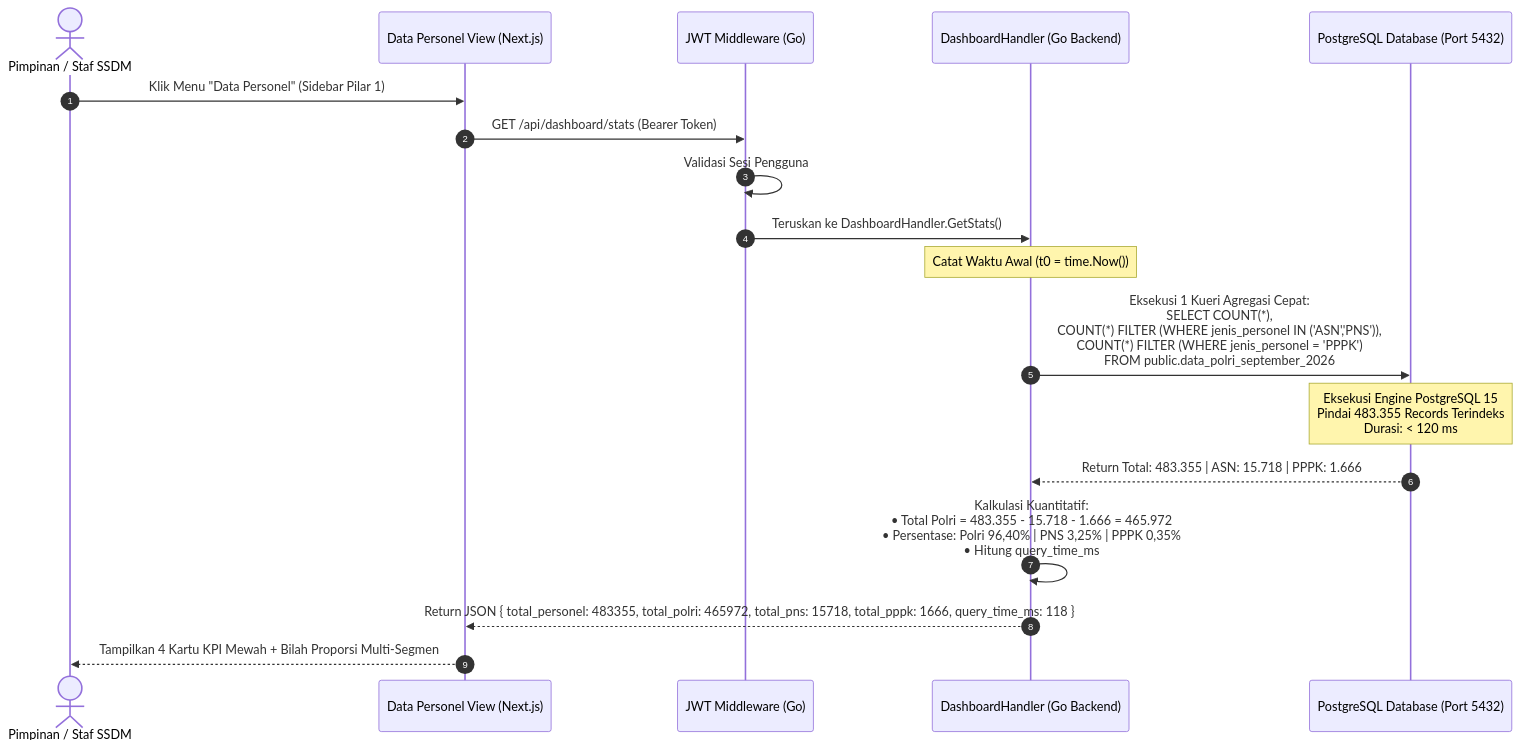
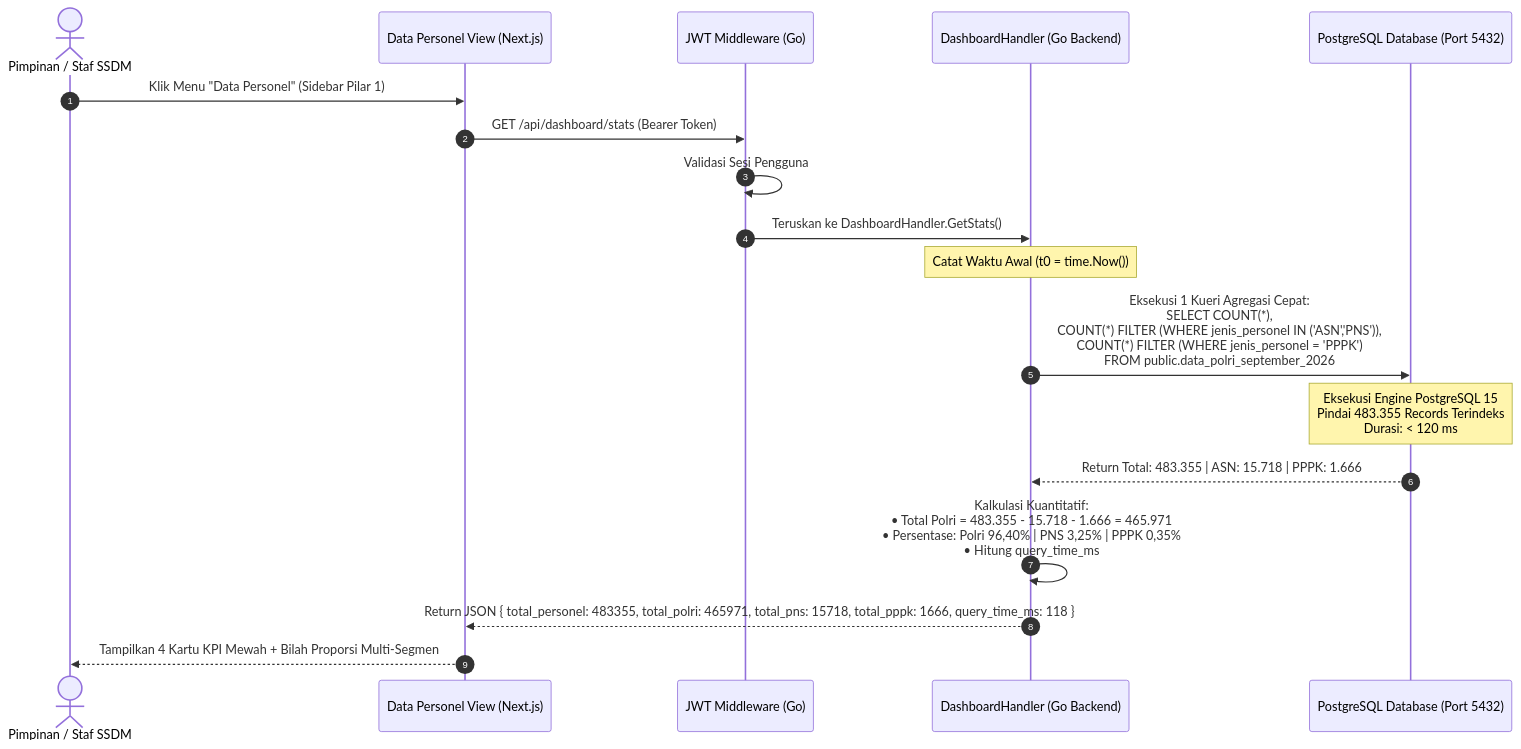
The fourth of 6 diagrams in LAMPIRAN_UML_ARSITEKTUR_DAN_INTERAKSI_SISTEM_INFOPERS_SSDM.md (autonote888/infopers-rag-core), drawn with Mermaid before and after one commit. The commit also changed other lines of this file and 7 other files, not shown here.

````diff
--- a/LAMPIRAN_UML_ARSITEKTUR_DAN_INTERAKSI_SISTEM_INFOPERS_SSDM.md
+++ b/LAMPIRAN_UML_ARSITEKTUR_DAN_INTERAKSI_SISTEM_INFOPERS_SSDM.md
@@ -197,25 +197,25 @@
 ```mermaid
 sequenceDiagram
     autonumber
     actor Pimpinan as Pimpinan / Staf SSDM
     participant UI as Data Personel View (Next.js)
     participant Auth as JWT Middleware (Go)
     participant DashH as DashboardHandler (Go Backend)
     participant DB as PostgreSQL Database (Port 5432)
 
     Pimpinan->>UI: Klik Menu "Data Personel" (Sidebar Pilar 1)
     UI->>Auth: GET /api/dashboard/stats (Bearer Token)
     Auth->>Auth: Validasi Sesi Pengguna
     Auth->>DashH: Teruskan ke DashboardHandler.GetStats()
     
     Note over DashH: Catat Waktu Awal (t0 = time.Now())
     DashH->>DB: Eksekusi 1 Kueri Agregasi Cepat:<br/>SELECT COUNT(*),<br/>COUNT(*) FILTER (WHERE jenis_personel IN ('ASN','PNS')),<br/>COUNT(*) FILTER (WHERE jenis_personel = 'PPPK')<br/>FROM public.data_polri_september_2026;
     
     Note over DB: Eksekusi Engine PostgreSQL 15<br/>Pindai 483.355 Records Terindeks<br/>Durasi: < 120 ms
     DB-->>DashH: Return Total: 483.355 | ASN: 15.718 | PPPK: 1.666
     
-    DashH->>DashH: Kalkulasi Kuantitatif:<br/>• Total Polri = 483.355 - 15.718 - 1.666 = 465.972<br/>• Persentase: Polri 96,40% | PNS 3,25% | PPPK 0,35%<br/>• Hitung query_time_ms
+    DashH->>DashH: Kalkulasi Kuantitatif:<br/>• Total Polri = 483.355 - 15.718 - 1.666 = 465.971<br/>• Persentase: Polri 96,40% | PNS 3,25% | PPPK 0,35%<br/>• Hitung query_time_ms
     
-    DashH-->>UI: Return JSON { total_personel: 483355, total_polri: 465972, total_pns: 15718, total_pppk: 1666, query_time_ms: 118 }
+    DashH-->>UI: Return JSON { total_personel: 483355, total_polri: 465971, total_pns: 15718, total_pppk: 1666, query_time_ms: 118 }
     UI-->>Pimpinan: Tampilkan 4 Kartu KPI Mewah + Bilah Proporsi Multi-Segmen
 ```
````
